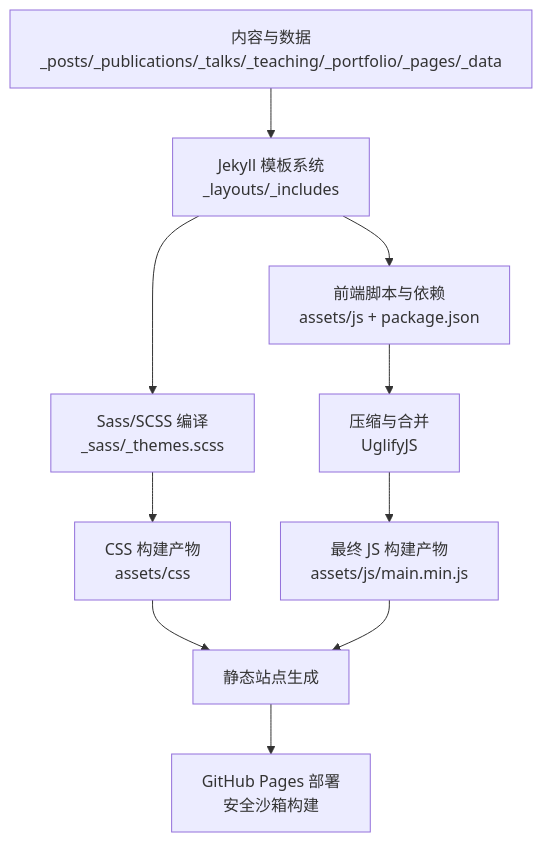
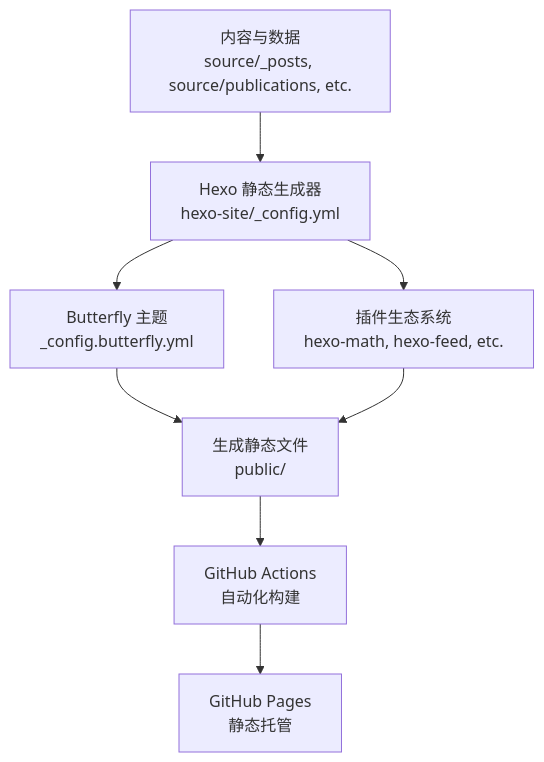
One commit to CoolPig0720/CoolPig0720.github.io changed the second of 8 diagrams in .qoder/repowiki/zh/content/项目概述/项目概述.md. Above: the diagram before and after it, drawn with Mermaid. The commit also changed other lines of this file and 36 other files, not shown here.

````diff
--- a/.qoder/repowiki/zh/content/项目概述/项目概述.md
+++ b/.qoder/repowiki/zh/content/项目概述/项目概述.md
@@ -196,12 +180,10 @@
 ```mermaid
 graph TB
-A["内容与数据<br/>_posts/_publications/_talks/_teaching/_portfolio/_pages/_data"] --> B["Jekyll 模板系统<br/>_layouts/_includes"]
-B --> C["Sass/SCSS 编译<br/>_sass/_themes.scss"]
-C --> D["CSS 构建产物<br/>assets/css"]
-B --> E["前端脚本与依赖<br/>assets/js + package.json"]
-E --> F["压缩与合并<br/>UglifyJS"]
-F --> G["最终 JS 构建产物<br/>assets/js/main.min.js"]
-D --> H["静态站点生成"]
-G --> H
-H --> I["GitHub Pages 部署<br/>安全沙箱构建"]
+A["内容与数据<br/>source/_posts, source/publications, etc."] --> B["Hexo 静态生成器<br/>hexo-site/_config.yml"]
+B --> C["Butterfly 主题<br/>_config.butterfly.yml"]
+C --> D["生成静态文件<br/>public/"]
+B --> E["插件生态系统<br/>hexo-math, hexo-feed, etc."]
+E --> D
+D --> F["GitHub Actions<br/>自动化构建"]
+F --> G["GitHub Pages<br/>静态托管"]
 ```
````
